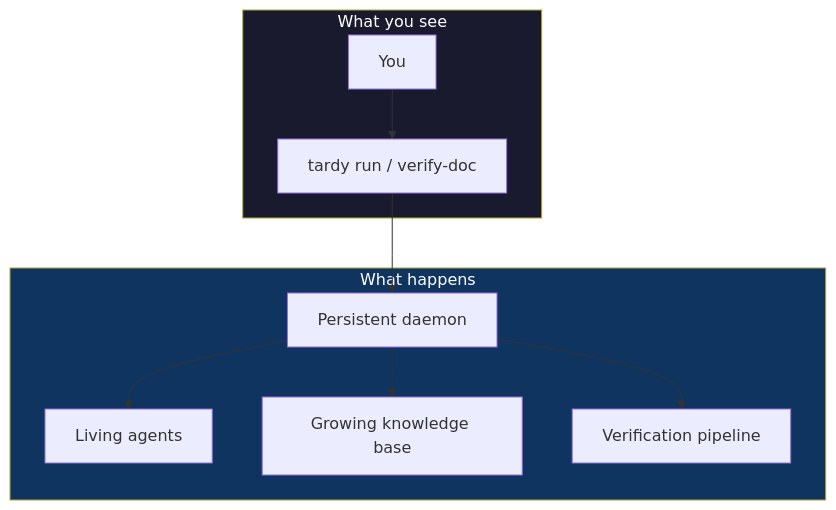
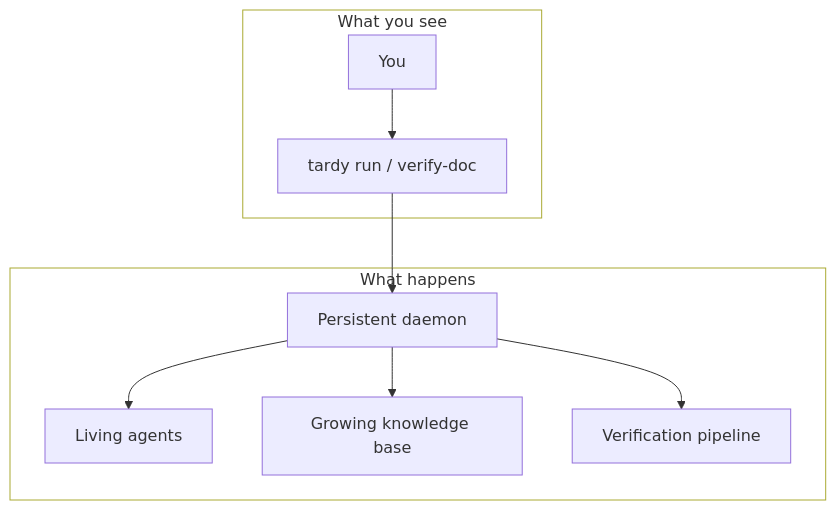
The third of 4 diagrams in README.md (fabio-rovai/tardygrada), drawn with Mermaid before and after one commit. The commit also changed other lines of this file, not shown here.

Commit message:
docs: transparent backgrounds on mermaid diagrams

````diff
--- a/README.md
+++ b/README.md
@@ -198,16 +198,16 @@
 ```mermaid
 graph TB
     subgraph visible["What you see"]
         USER["You"] --> CLI["tardy run / verify-doc"]
     end
 
     subgraph hidden["What happens"]
         CLI --> DAEMON["Persistent daemon"]
         DAEMON --> AGENTS["Living agents"]
         DAEMON --> KB["Growing knowledge base"]
         DAEMON --> VERIFY["Verification pipeline"]
     end
 
-    style visible fill:#1a1a2e,color:#fff
-    style hidden fill:#0f3460,color:#fff
+    style visible fill:transparent
+    style hidden fill:transparent
 ```
````
